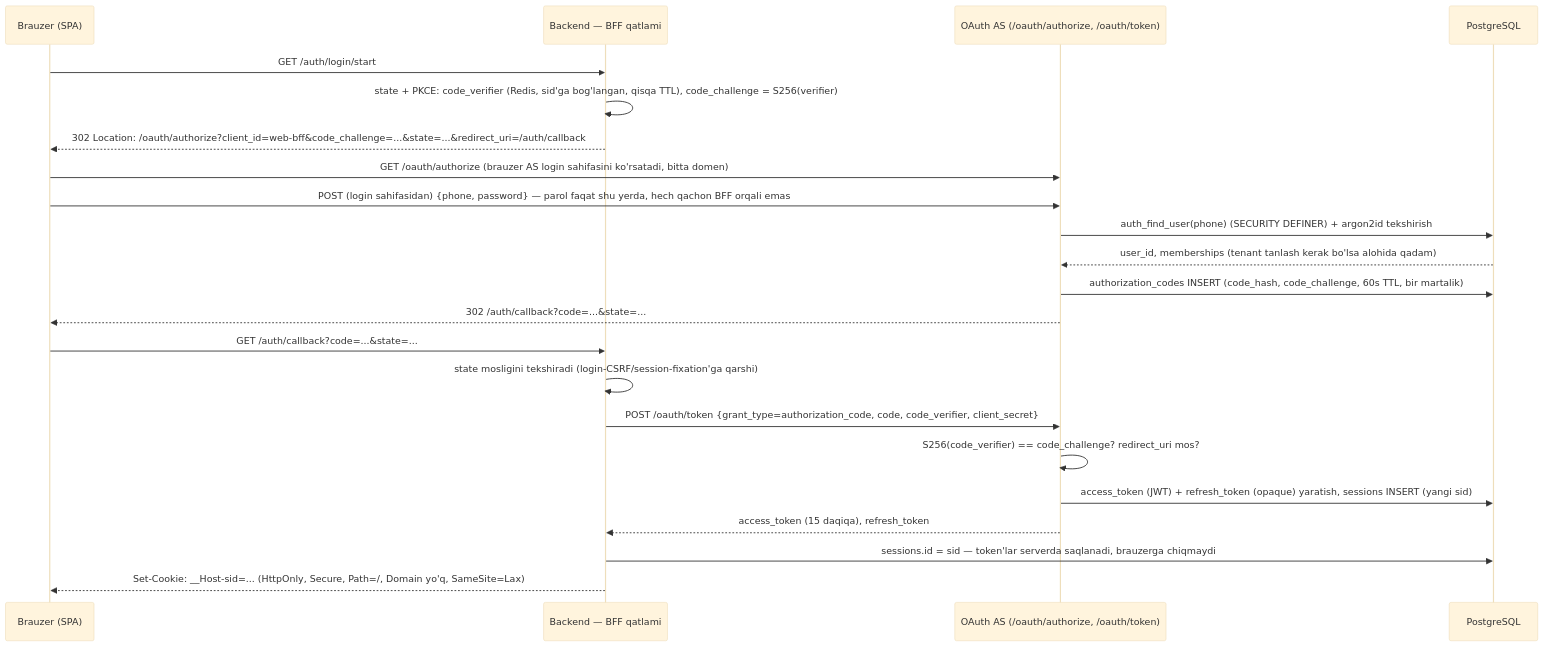
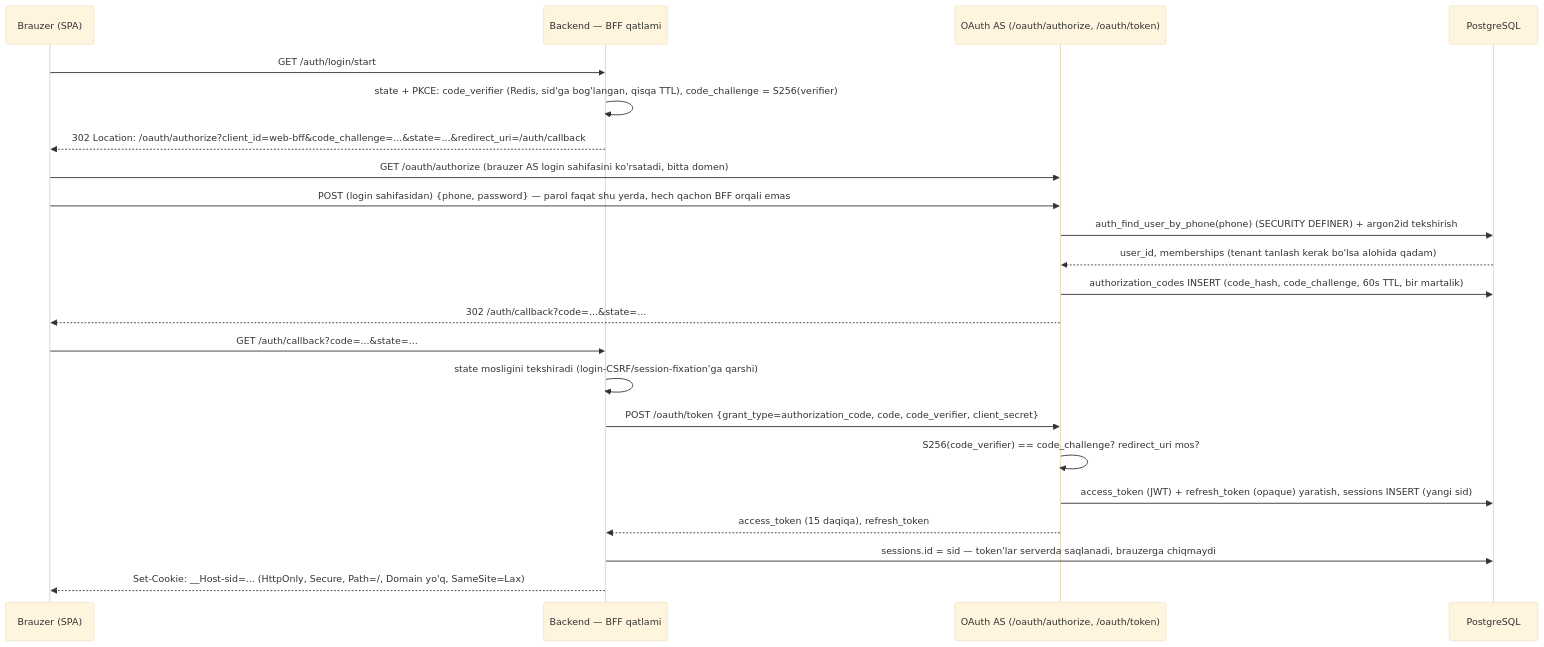
One commit to hasanoff507/erp changed the first of 4 diagrams in spec/kod-uchun/14-autentifikatsiya-oauth2.md. Above: the diagram before and after it, drawn with Mermaid (base theme). The commit also changed other lines of this file and 36 other files, not shown here.

````diff
--- a/spec/kod-uchun/14-autentifikatsiya-oauth2.md
+++ b/spec/kod-uchun/14-autentifikatsiya-oauth2.md
@@ -58,25 +58,25 @@
 ```mermaid
 sequenceDiagram
     participant Br as Brauzer (SPA)
     participant BFF as Backend — BFF qatlami
     participant AS as OAuth AS (/oauth/authorize, /oauth/token)
     participant DB as PostgreSQL
 
     Br->>BFF: GET /auth/login/start
     BFF->>BFF: state + PKCE: code_verifier (Redis, sid'ga bog'langan, qisqa TTL), code_challenge = S256(verifier)
     BFF-->>Br: 302 Location: /oauth/authorize?client_id=web-bff&code_challenge=...&state=...&redirect_uri=/auth/callback
     Br->>AS: GET /oauth/authorize (brauzer AS login sahifasini ko'rsatadi, bitta domen)
     Br->>AS: POST (login sahifasidan) {phone, password} — parol faqat shu yerda, hech qachon BFF orqali emas
-    AS->>DB: auth_find_user(phone) (SECURITY DEFINER) + argon2id tekshirish
+    AS->>DB: auth_find_user_by_phone(phone) (SECURITY DEFINER) + argon2id tekshirish
     DB-->>AS: user_id, memberships (tenant tanlash kerak bo'lsa alohida qadam)
     AS->>DB: authorization_codes INSERT (code_hash, code_challenge, 60s TTL, bir martalik)
     AS-->>Br: 302 /auth/callback?code=...&state=...
     Br->>BFF: GET /auth/callback?code=...&state=...
     BFF->>BFF: state mosligini tekshiradi (login-CSRF/session-fixation'ga qarshi)
     BFF->>AS: POST /oauth/token {grant_type=authorization_code, code, code_verifier, client_secret}
     AS->>AS: S256(code_verifier) == code_challenge? redirect_uri mos?
     AS->>DB: access_token (JWT) + refresh_token (opaque) yaratish, sessions INSERT (yangi sid)
     AS-->>BFF: access_token (15 daqiqa), refresh_token
     BFF->>DB: sessions.id = sid — token'lar serverda saqlanadi, brauzerga chiqmaydi
     BFF-->>Br: Set-Cookie: __Host-sid=... (HttpOnly, Secure, Path=/, Domain yo'q, SameSite=Lax)
 ```
````
